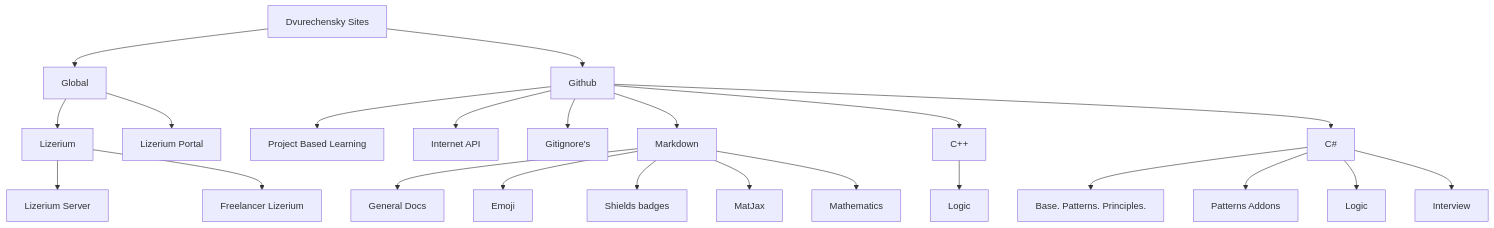
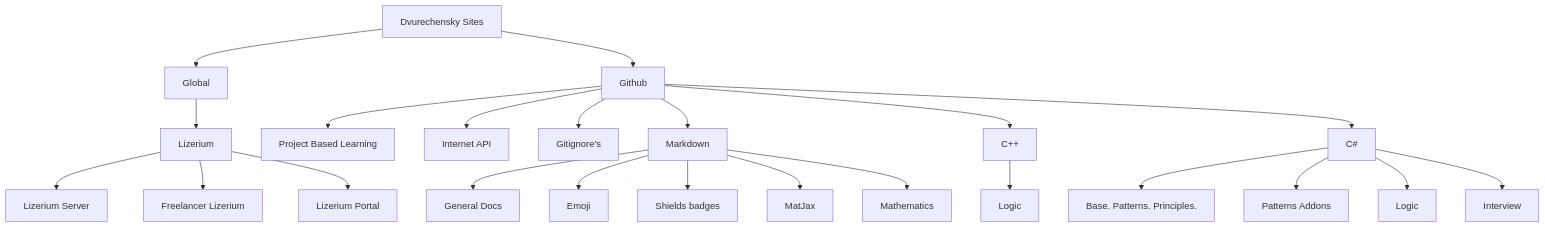
The second of 2 diagrams in README.md (Dvurechensky/Dvurechensky), drawn with Mermaid before and after one commit. The commit also changed 1 other file, not shown here.

````diff
--- a/README.md
+++ b/README.md
@@ -71,25 +71,25 @@
 ```mermaid
 graph TD
   A[Dvurechensky Sites] --> B[Global]
   A[Dvurechensky Sites] --> C[Github]
   B --> E[Lizerium]
   E --> E1[Lizerium Server]
   E --> E2[Freelancer Lizerium]
-  B --> E3[Lizerium Portal]
+  E --> E3[Lizerium Portal]
   C --> R[Project Based Learning]
   C --> M[Internet API]
   C --> G[Gitignore's]
   C --> H[Markdown]
   C --> W[C++]
   W --> W1[Logic]
   C --> N[C#]
   N --> N1[Base. Patterns. Principles.]
   N --> N2[Patterns Addons]
   N --> N3[Logic]
   N --> N4[Interview]
   H --> K[General Docs]
   H --> L[Emoji]
   H --> Z[Shields badges]
   H --> X[MatJax]
   H --> V[Mathematics]
 ```
````
